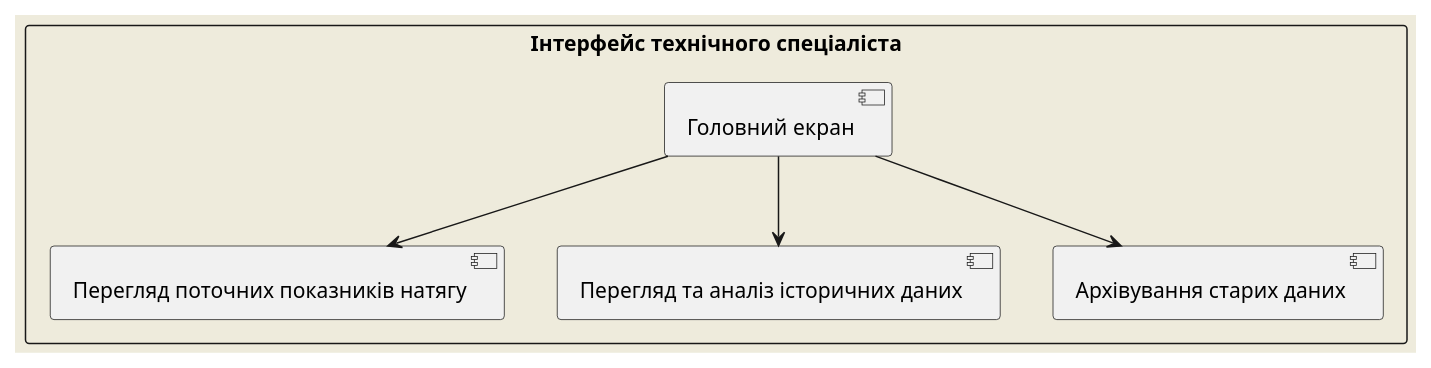
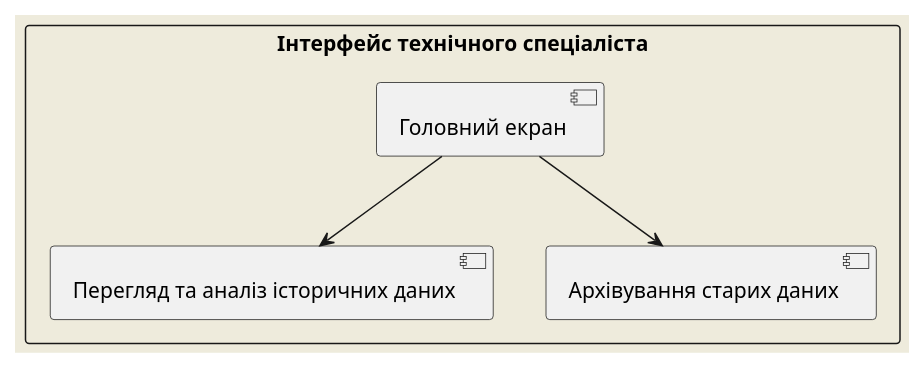
The third of 3 diagrams in 3-RequirementsValidation/3.3-Prototypes/README.md (olgasolovei/kozakandriy_20224), drawn with PlantUML before and after one commit.

````diff
--- a/3-RequirementsValidation/3.3-Prototypes/README.md
+++ b/3-RequirementsValidation/3.3-Prototypes/README.md
@@ -31,13 +31,12 @@
 ```plantuml
 @startuml
 skinparam backgroundColor #EEEBDC
 
 rectangle "Інтерфейс технічного спеціаліста" {
-    [Головний екран] --> [Перегляд поточних показників натягу]
     [Головний екран] --> [Перегляд та аналіз історичних даних]
     [Головний екран] --> [Архівування старих даних]
 }
 
 @enduml
 
 ```
````
